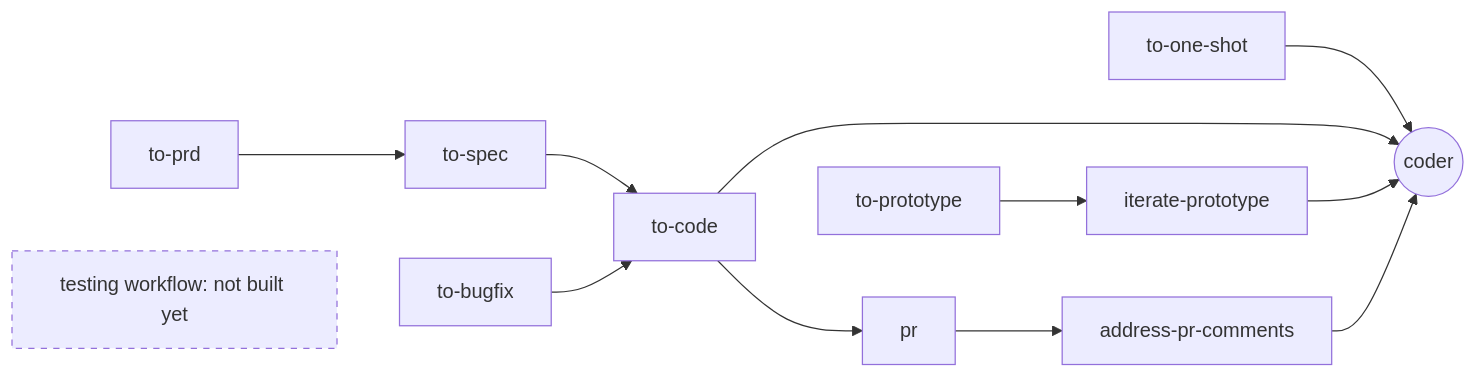
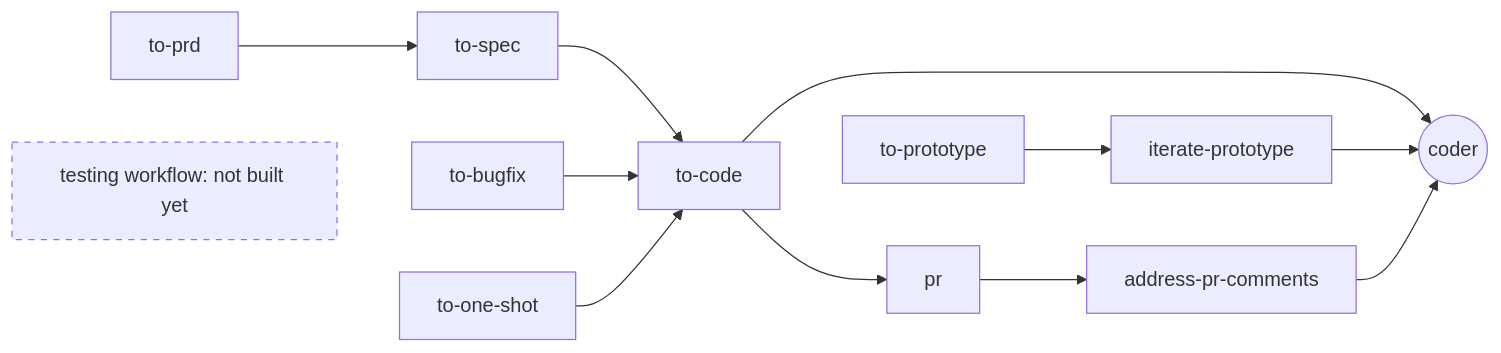
The diagram in README.md (parthiv13/skills), drawn with Mermaid before and after one commit. The commit also changed other lines of this file and 8 other files, not shown here.

First line of the commit message:
Give the coder one artifact contract and route bugfix and one-shot work through to-code

````diff
--- a/README.md
+++ b/README.md
@@ -23,14 +23,14 @@
 ```mermaid
 flowchart LR
     prd[to-prd] --> spec[to-spec] --> code[to-code]
     bug[to-bugfix] --> code
     code --> pr[pr] --> review[address-pr-comments]
-    one[to-one-shot] --> coder((coder))
+    one[to-one-shot] --> code
     proto[to-prototype] --> iter[iterate-prototype]
-    code --> coder
+    code --> coder((coder))
     iter --> coder
     review --> coder
     test[testing workflow: not built yet]:::todo
 
     classDef todo stroke-dasharray: 5 5
 ```
````
